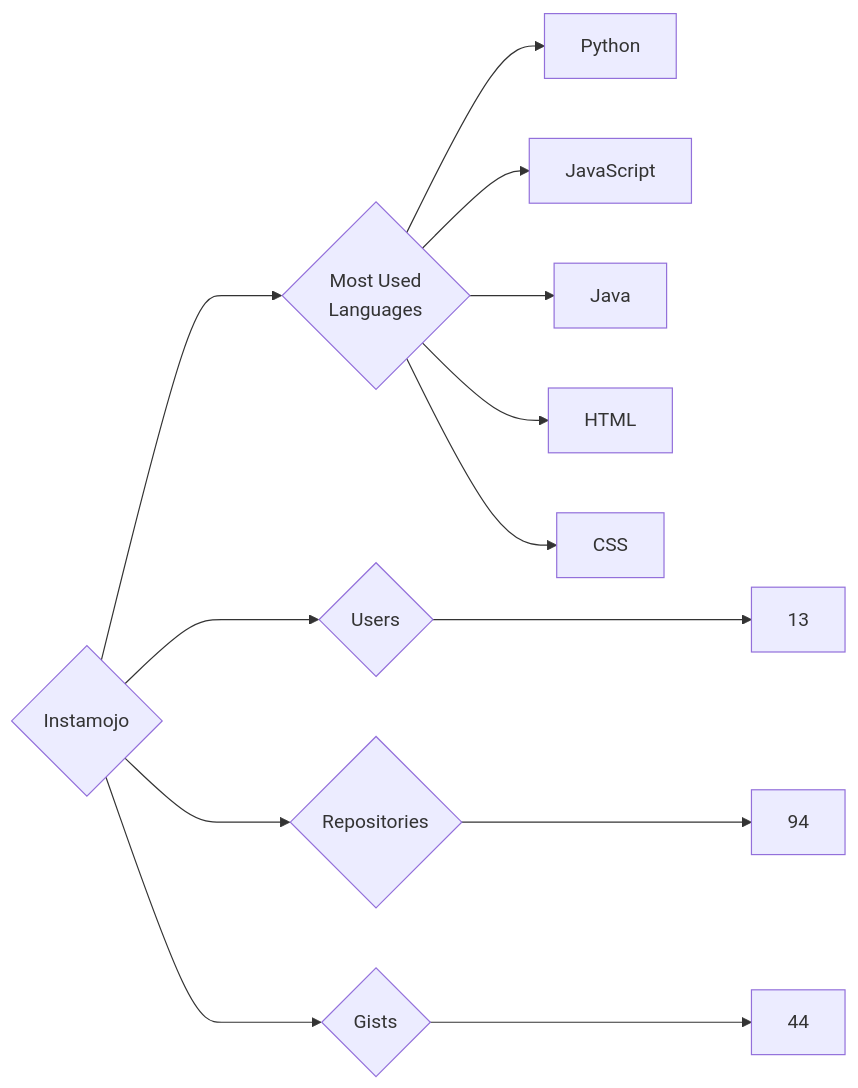
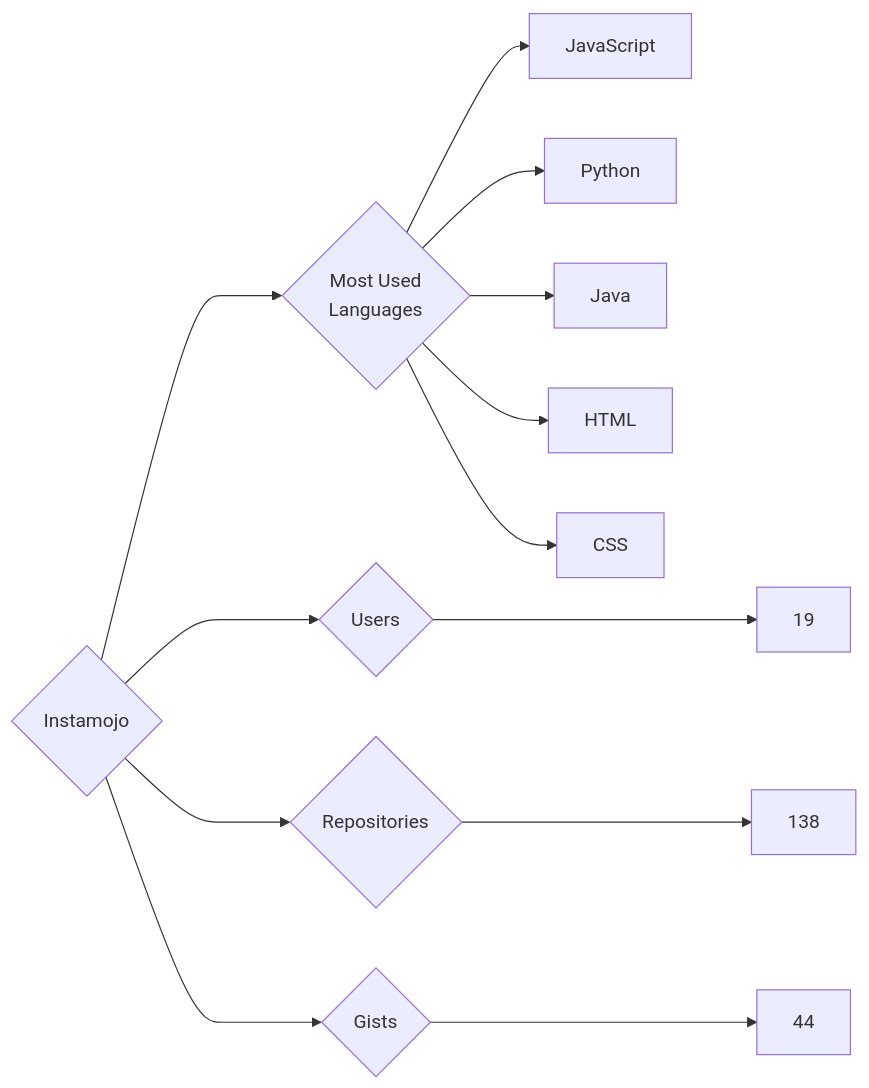
One commit to trickest/insiders changed the diagram in targets/Instamojo/README.md. Above: the diagram before and after it, drawn with Mermaid. The commit also changed 984 other files, not shown here.

````diff
--- a/targets/Instamojo/README.md
+++ b/targets/Instamojo/README.md
@@ -3,13 +3,13 @@
 ```mermaid
 graph LR
 COMPANY_NAME{Instamojo}
-COMPANY_NAME ---> U{Users} ---> UN[13]
-COMPANY_NAME ---> R{Repositories} ---> RN[94]
+COMPANY_NAME ---> U{Users} ---> UN[19]
+COMPANY_NAME ---> R{Repositories} ---> RN[138]
 COMPANY_NAME ---> G{Gists} ---> GN[44]
 COMPANY_NAME ---> ML{Most Used<br>Languages}
+ML --> JavaScript[JavaScript]
 ML --> Python[Python]
-ML --> JavaScript[JavaScript]
 ML --> Java[Java]
 ML --> HTML[HTML]
 ML --> CSS[CSS]
 ```
````
